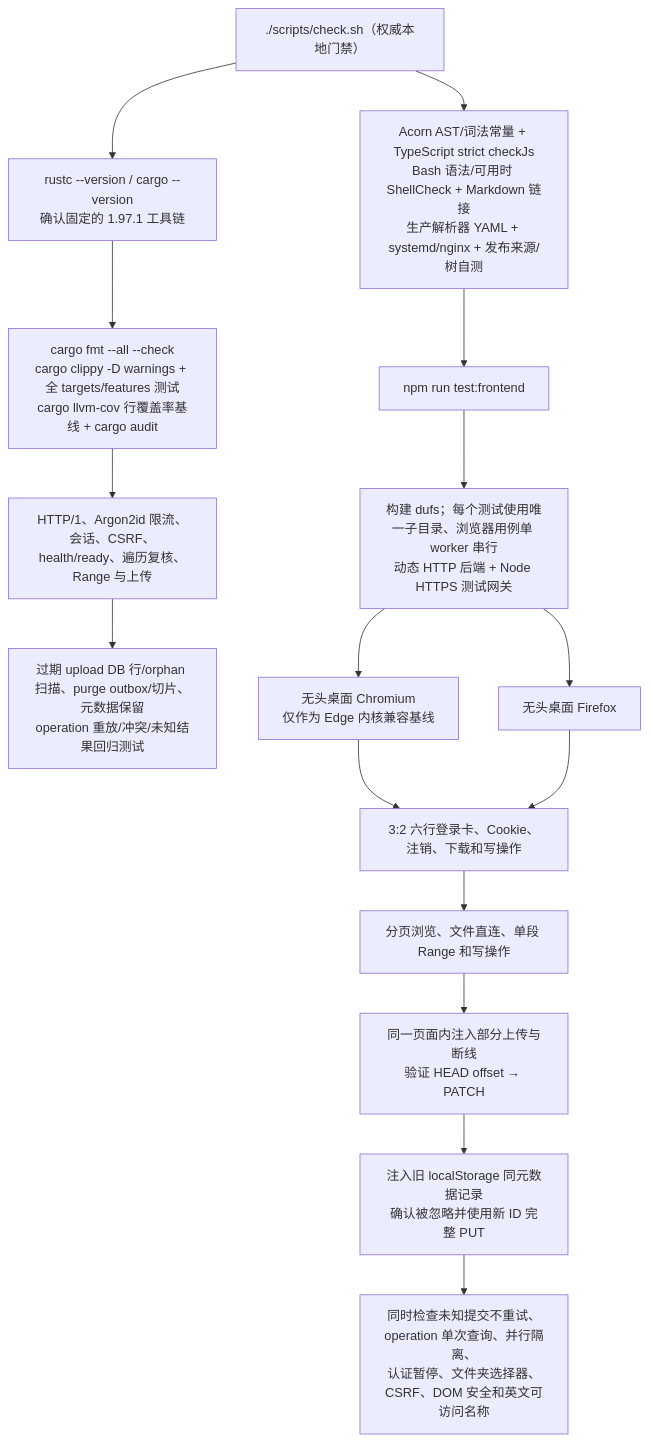
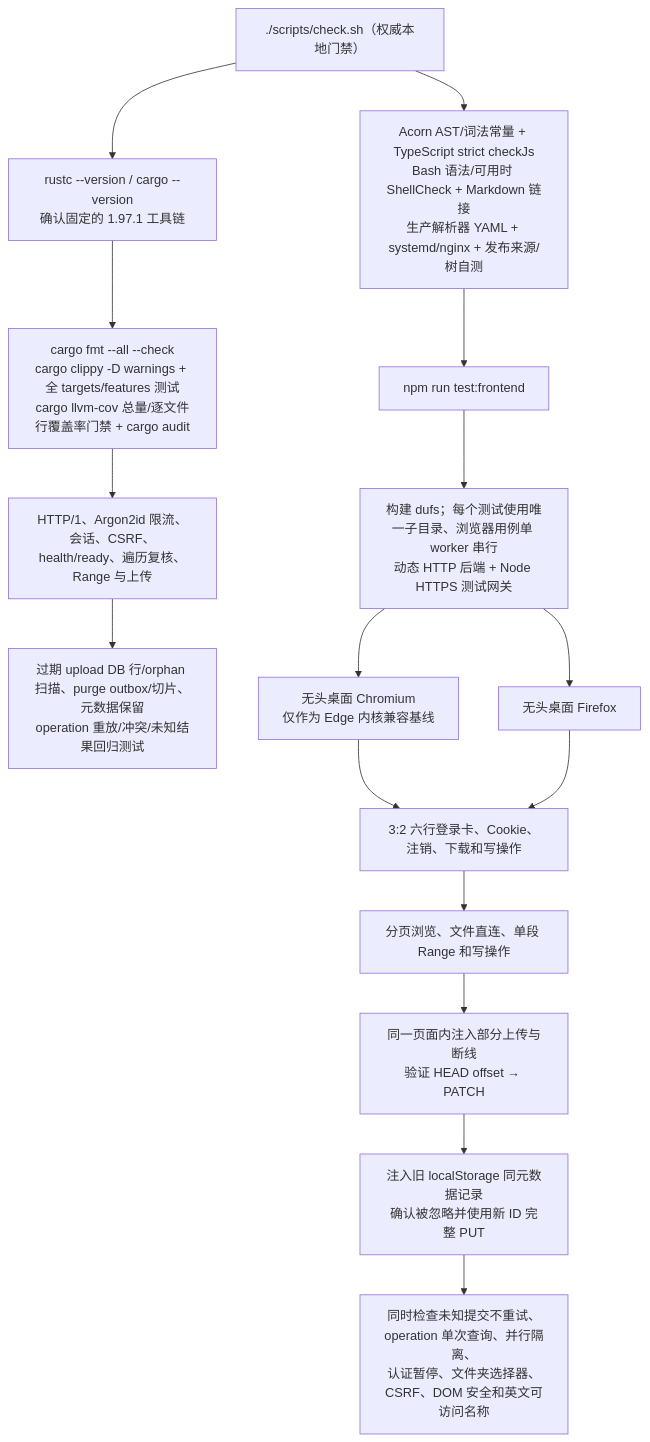
One commit to isarmg/dufs-ram changed diagram 22 of 22 in docs/project-workflow.md. Above: the diagram before and after it, drawn with Mermaid. The commit also changed other lines of this file and 4 other files, not shown here.

````diff
--- a/docs/project-workflow.md
+++ b/docs/project-workflow.md
@@ -991,18 +991,18 @@
 ```mermaid
 flowchart TD
     TEST["./scripts/check.sh（权威本地门禁）"] --> TOOLCHAIN["rustc --version / cargo --version<br/>确认固定的 1.97.1 工具链"]
-    TOOLCHAIN --> RUST["cargo fmt --all --check<br/>cargo clippy -D warnings + 全 targets/features 测试<br/>cargo llvm-cov 行覆盖率基线 + cargo audit"]
+    TOOLCHAIN --> RUST["cargo fmt --all --check<br/>cargo clippy -D warnings + 全 targets/features 测试<br/>cargo llvm-cov 总量/逐文件行覆盖率门禁 + cargo audit"]
     TEST --> STATIC["Acorn AST/词法常量 + TypeScript strict checkJs<br/>Bash 语法/可用时 ShellCheck + Markdown 链接<br/>生产解析器 YAML + systemd/nginx + 发布来源/树自测"]
     STATIC --> FRONT["npm run test:frontend"]
     RUST --> ROUTES["HTTP/1、Argon2id 限流、会话、CSRF、health/ready、遍历复核、Range 与上传"]
     ROUTES --> MAINTENANCE["过期 upload DB 行/orphan 扫描、purge outbox/切片、元数据保留<br/>operation 重放/冲突/未知结果回归测试"]
     FRONT --> BUILD["构建 dufs；每个测试使用唯一子目录、浏览器用例单 worker 串行<br/>动态 HTTP 后端 + Node HTTPS 测试网关"]
     BUILD --> CHROMIUM["无头桌面 Chromium<br/>仅作为 Edge 内核兼容基线"]
     BUILD --> FIREFOX["无头桌面 Firefox"]
     CHROMIUM --> FLOWS["3:2 六行登录卡、Cookie、注销、下载和写操作"]
     FIREFOX --> FLOWS
     FLOWS --> RANGE["分页浏览、文件直连、单段 Range 和写操作"]
     RANGE --> FAULT["同一页面内注入部分上传与断线<br/>验证 HEAD offset → PATCH"]
     FAULT --> IDENTITY["注入旧 localStorage 同元数据记录<br/>确认被忽略并使用新 ID 完整 PUT"]
     IDENTITY --> OTHER["同时检查未知提交不重试、operation 单次查询、并行隔离、<br/>认证暂停、文件夹选择器、CSRF、DOM 安全和英文可访问名称"]
 ```
````
